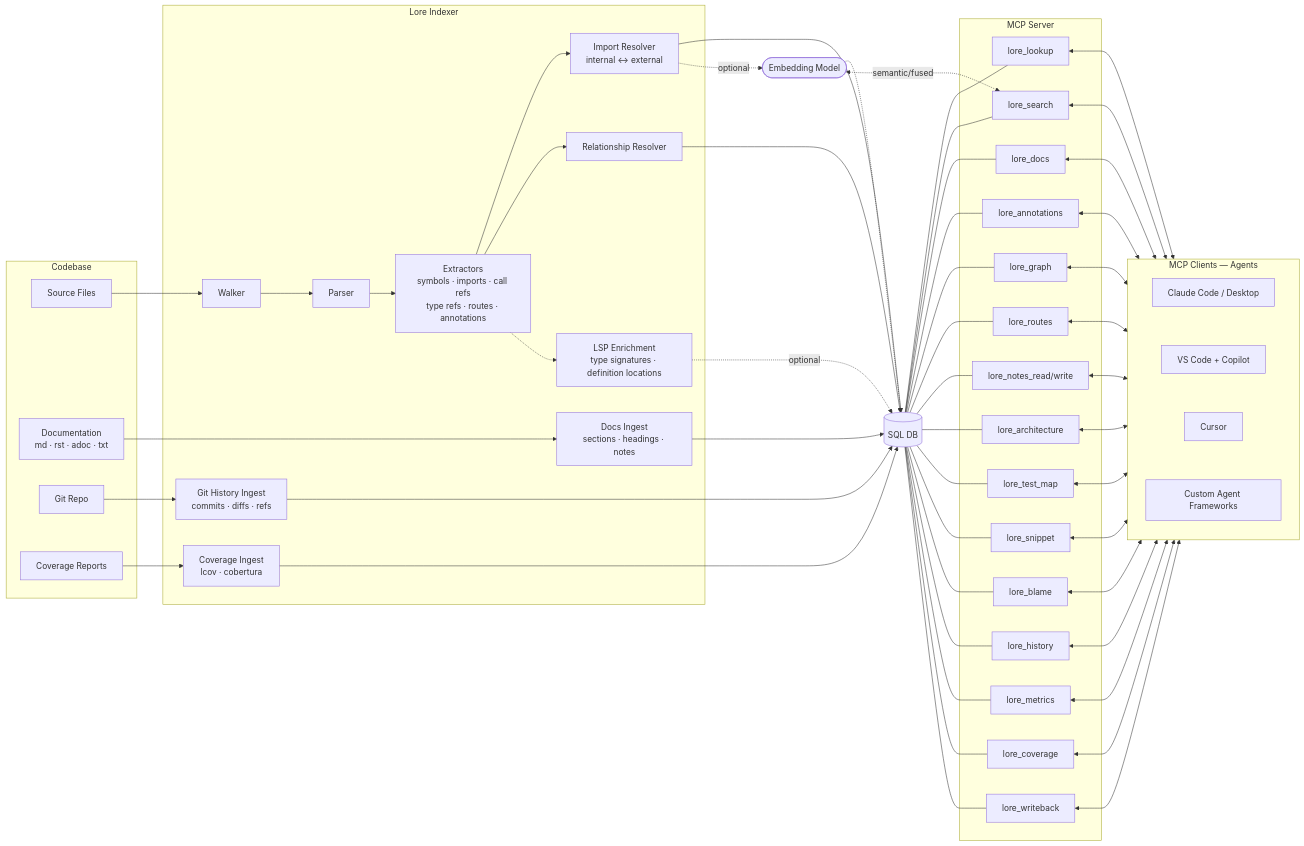
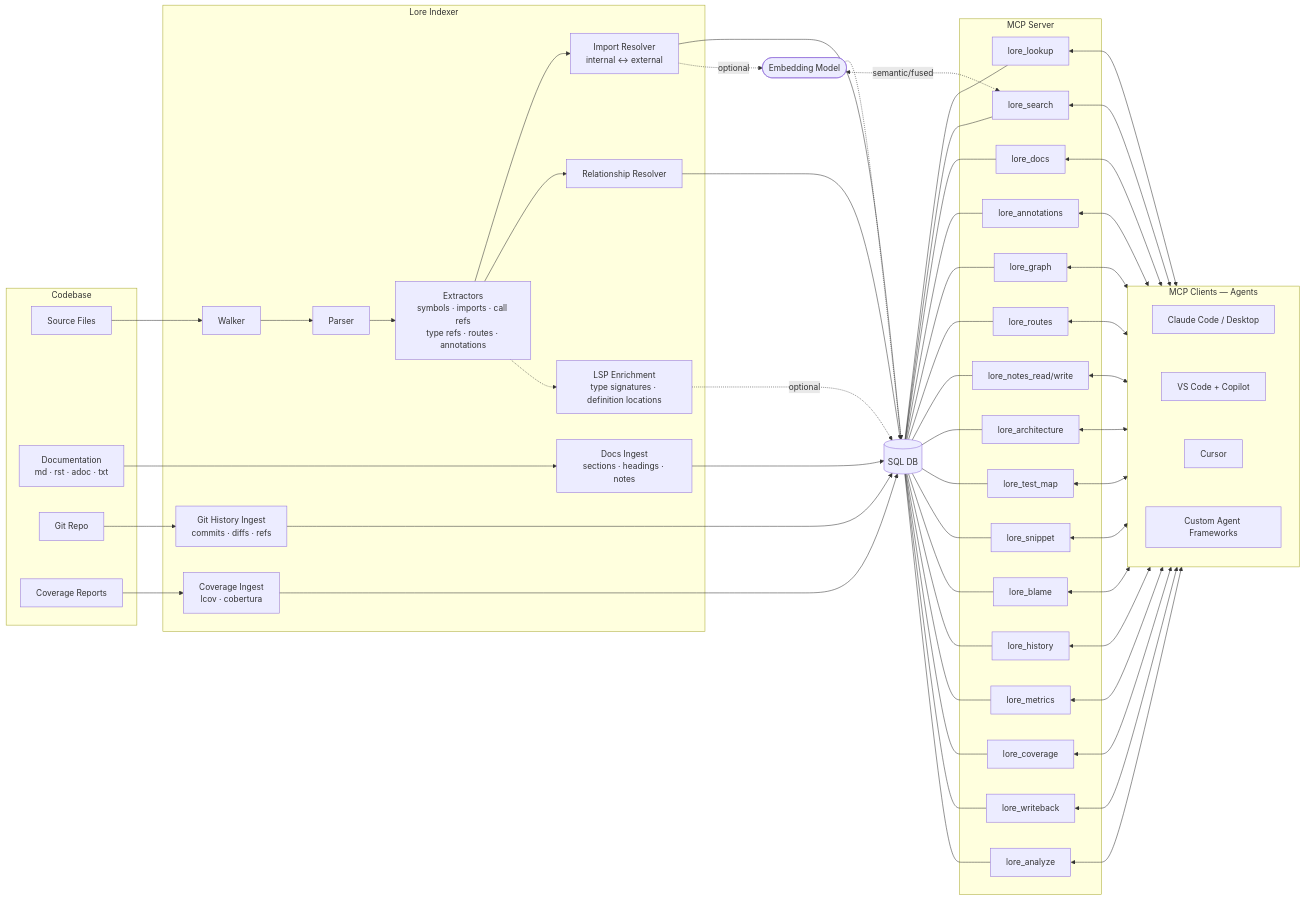
Before and after one commit to jafreck/Lore: the diagram in README.md, drawn with Mermaid. The commit also changed other lines of this file and 3 other files, not shown here.

````diff
--- a/README.md
+++ b/README.md
@@ -29,63 +29,64 @@
 ```mermaid
 flowchart LR
     subgraph Codebase
         SRC[Source Files]
         DOCS[Documentation<br/>md · rst · adoc · txt]
         GIT[Git Repo]
         COV[Coverage Reports]
     end
 
     subgraph Lore Indexer
       WALK[Walker] --> PARSE[Parser] --> EXTRACT[Extractors<br/>symbols · imports · call refs<br/>type refs · routes · annotations]
         EXTRACT --> RESOLVE[Import Resolver<br/>internal ↔ external]
       EXTRACT --> CALLGRAPH[Relationship Resolver]
         EXTRACT -.-> LSPENRICH[LSP Enrichment<br/>type signatures · definition locations]
         DOCSINGEST[Docs Ingest<br/>sections · headings · notes]
         GITHIST[Git History Ingest<br/>commits · diffs · refs]
         COVINGEST[Coverage Ingest<br/>lcov · cobertura]
     end
 
     DB[(SQL DB)]
     EMBED([Embedding Model])
 
     subgraph MCP Server
         LOOKUP[lore_lookup]
         SEARCH[lore_search]
         DOCS_TOOL[lore_docs]
       ANNOT[lore_annotations]
         GRAPH[lore_graph]
       ROUTES[lore_routes]
       NOTES[lore_notes_read/write]
       ARCH[lore_architecture]
         TESTMAP[lore_test_map]
         SNIPPET[lore_snippet]
         BLAME[lore_blame]
         HISTORY[lore_history]
         METRICS[lore_metrics]
         COVERAGE[lore_coverage]
         WRITEBACK[lore_writeback]
+        ANALYZE[lore_analyze]
     end
 
     subgraph MCP_CLIENTS[MCP Clients — Agents]
         CLAUDE_CODE[Claude Code / Desktop]
         COPILOT[VS Code + Copilot]
         CURSOR[Cursor]
         CUSTOM[Custom Agent Frameworks]
         CLAUDE_CODE ~~~ COPILOT ~~~ CURSOR ~~~ CUSTOM
     end
 
     SRC --> WALK
     DOCS --> DOCSINGEST --> DB
     GIT --> GITHIST --> DB
     COV --> COVINGEST --> DB
 
     RESOLVE & CALLGRAPH --> DB
     LSPENRICH -.->|optional| DB
     RESOLVE -.->|optional| EMBED
     EMBED -.-> DB
 
-    DB --- LOOKUP & SEARCH & DOCS_TOOL & ANNOT & GRAPH & ROUTES & NOTES & ARCH & TESTMAP & SNIPPET & BLAME & HISTORY & METRICS & COVERAGE & WRITEBACK
+    DB --- LOOKUP & SEARCH & DOCS_TOOL & ANNOT & GRAPH & ROUTES & NOTES & ARCH & TESTMAP & SNIPPET & BLAME & HISTORY & METRICS & COVERAGE & WRITEBACK & ANALYZE
     EMBED <-.->|semantic/fused| SEARCH
 
-    LOOKUP & SEARCH & DOCS_TOOL & ANNOT & GRAPH & ROUTES & NOTES & ARCH & TESTMAP & SNIPPET & BLAME & HISTORY & METRICS & COVERAGE & WRITEBACK <--> MCP_CLIENTS
+    LOOKUP & SEARCH & DOCS_TOOL & ANNOT & GRAPH & ROUTES & NOTES & ARCH & TESTMAP & SNIPPET & BLAME & HISTORY & METRICS & COVERAGE & WRITEBACK & ANALYZE <--> MCP_CLIENTS
 ```
````
